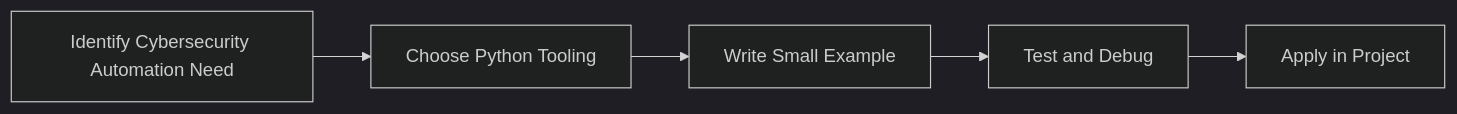
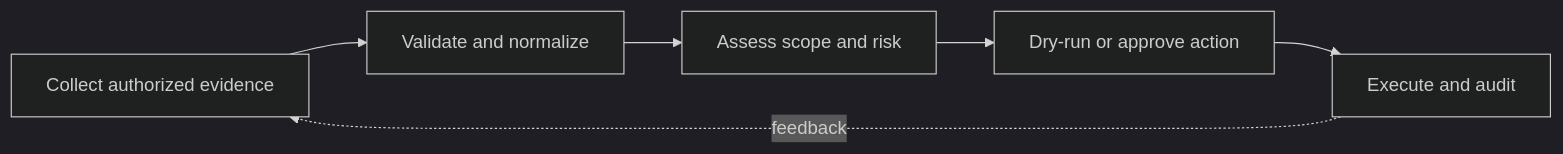
One commit to SYMOIZ/E-Learning-Portal changed the diagram in Python-Mastery/Advanced/15-cybersecurity-automation.md. Above: the diagram before and after it, drawn with Mermaid (dark theme). The commit also changed other lines of this file and 116 other files, not shown here.

````diff
--- a/Python-Mastery/Advanced/15-cybersecurity-automation.md
+++ b/Python-Mastery/Advanced/15-cybersecurity-automation.md
@@ -125,7 +164,8 @@
 ```mermaid
 flowchart LR
-    A[Identify Cybersecurity Automation Need] --> B[Choose Python Tooling]
-    B --> C[Write Small Example]
-    C --> D[Test and Debug]
-    D --> E[Apply in Project]
+    A[Collect authorized evidence] --> B[Validate and normalize]
+    B --> C[Assess scope and risk]
+    C --> D[Dry-run or approve action]
+    D --> E[Execute and audit]
+    E -. feedback .-> A
 ```
````
